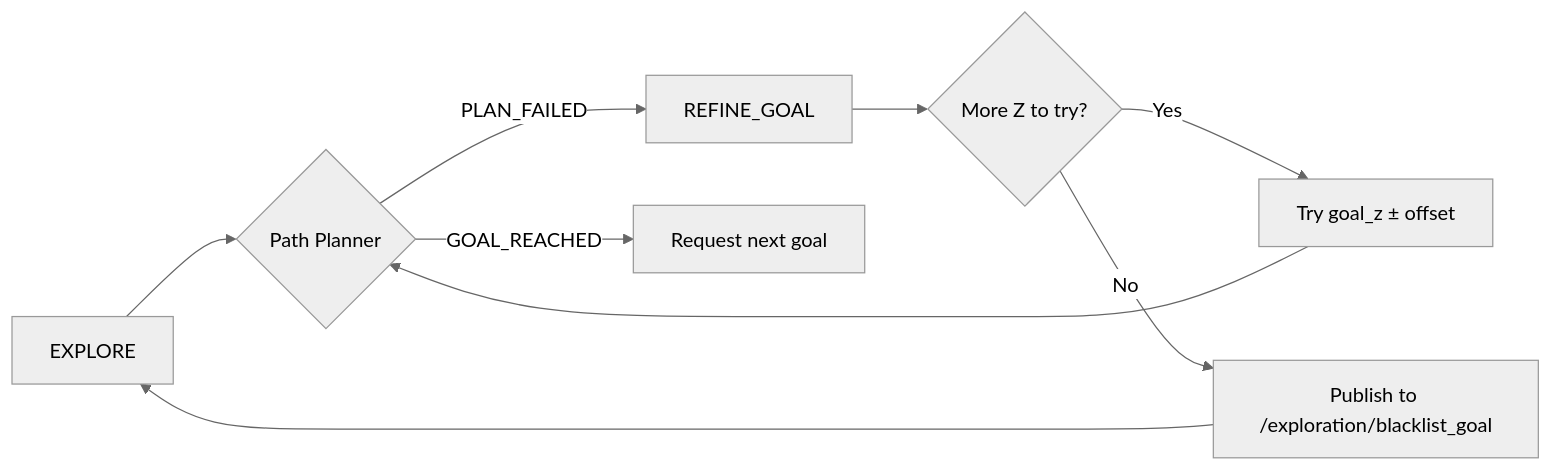
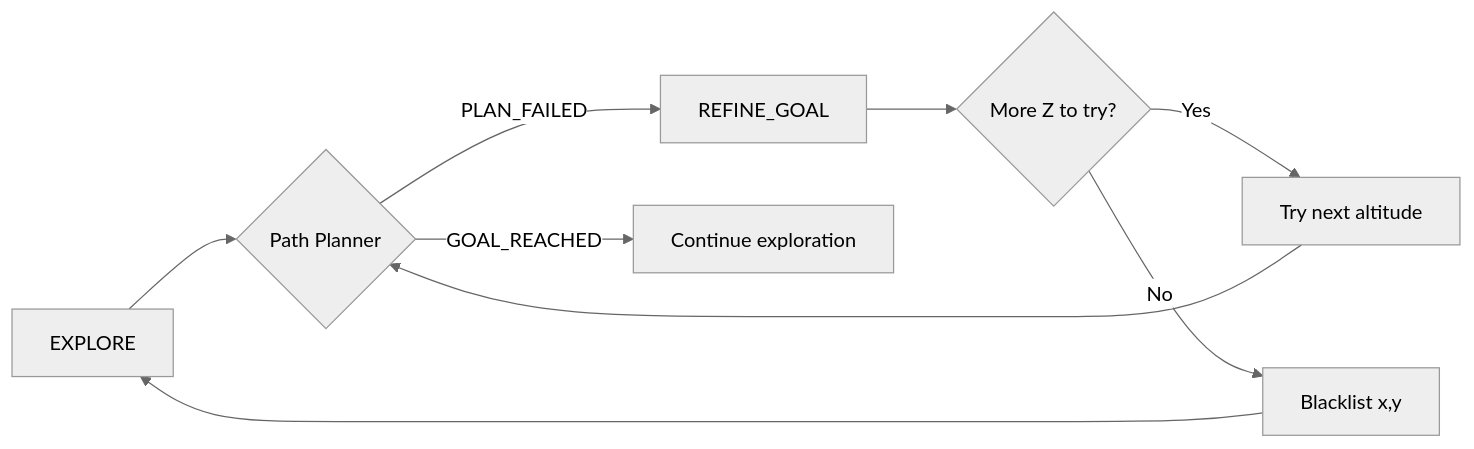
The third of 3 diagrams in ros2_ws/src/fsm/README.md (AlejandroMerinoArias/Final_Assigment-main), drawn with Mermaid (neutral theme) before and after one commit. The commit also changed other lines of this file and 7 other files, not shown here.

````diff
--- a/ros2_ws/src/fsm/README.md
+++ b/ros2_ws/src/fsm/README.md
@@ -114,11 +96,11 @@
 ```mermaid
 graph LR
     A[EXPLORE] --> B{Path Planner}
     B -->|PLAN_FAILED| C[REFINE_GOAL]
     C --> D{More Z to try?}
-    D -->|Yes| E["Try goal_z ± offset"]
+    D -->|Yes| E[Try next altitude]
     E --> B
-    D -->|No| F["Publish to /exploration/blacklist_goal"]
+    D -->|No| F[Blacklist x,y]
     F --> A
-    B -->|GOAL_REACHED| G[Request next goal]
+    B -->|GOAL_REACHED| G[Continue exploration]
 ```
````
